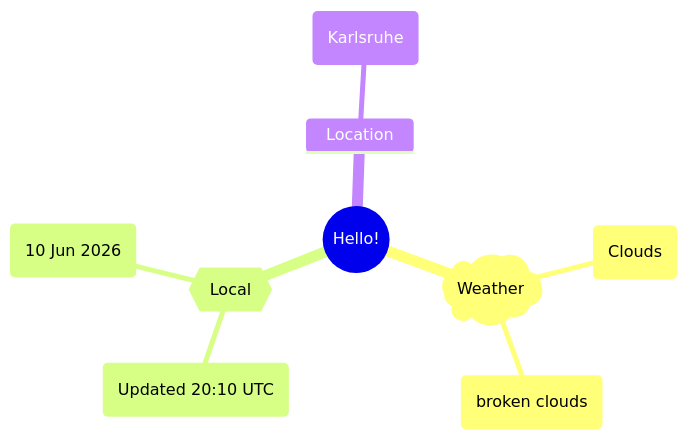
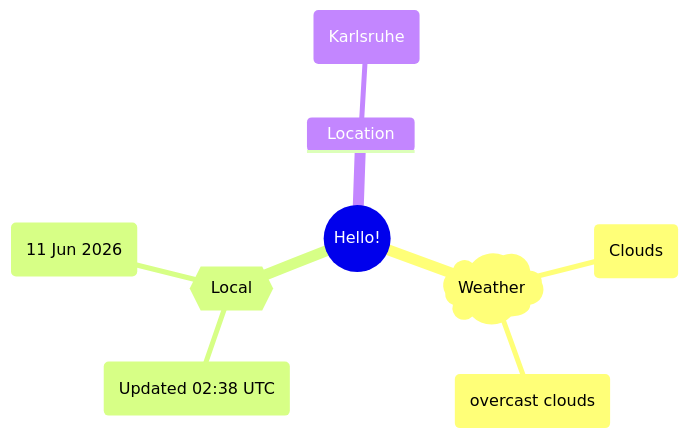
Before and after one commit to Xosrov/Xosrov: the first of 2 diagrams in README.md, drawn with Mermaid.

Commit message:
[bot] updated images

````diff
--- a/README.md
+++ b/README.md
@@ -3,12 +3,12 @@
 ```mermaid
 mindmap
   root((Hello!))
     )Weather(
         (Clouds)
-        (broken clouds)
+        (overcast clouds)
     {{Local}}
-        (Updated 20:10 UTC)
-        (10 Jun 2026)
+        (Updated 02:38 UTC)
+        (11 Jun 2026)
     Location
         (Karlsruhe)
 ```
````
